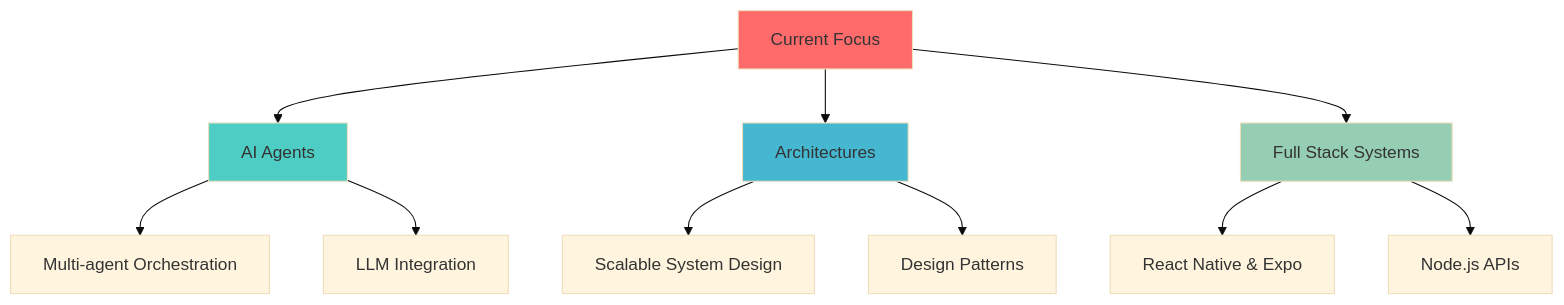
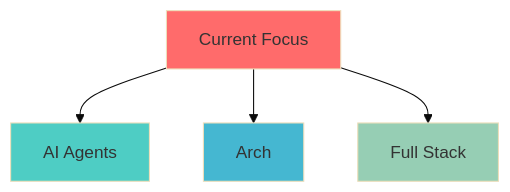
The diagram in README.md (Chiranth-Janardhan-moger/Chiranth-Janardhan-moger), drawn with Mermaid (base theme) before and after one commit.

Commit message:
docs: simplify focus diagram in profile README

````diff
--- a/README.md
+++ b/README.md
@@ -163,20 +163,11 @@
 ```mermaid
 graph TD
     A[Current Focus] --> B[AI Agents]
-    A --> C[Architectures]
-    A --> D[Full Stack Systems]
-    
-    B --> E[Multi-agent Orchestration]
-    B --> F[LLM Integration]
-    
-    C --> G[Scalable System Design]
-    C --> H[Design Patterns]
-    
-    D --> I[React Native & Expo]
-    D --> J[Node.js APIs]
+    A --> C[Arch]
+    A --> D[Full Stack]
     
     style A fill:#ff6b6b
     style B fill:#4ecdc4
     style C fill:#45b7d1
     style D fill:#96ceb4
 ```
````
